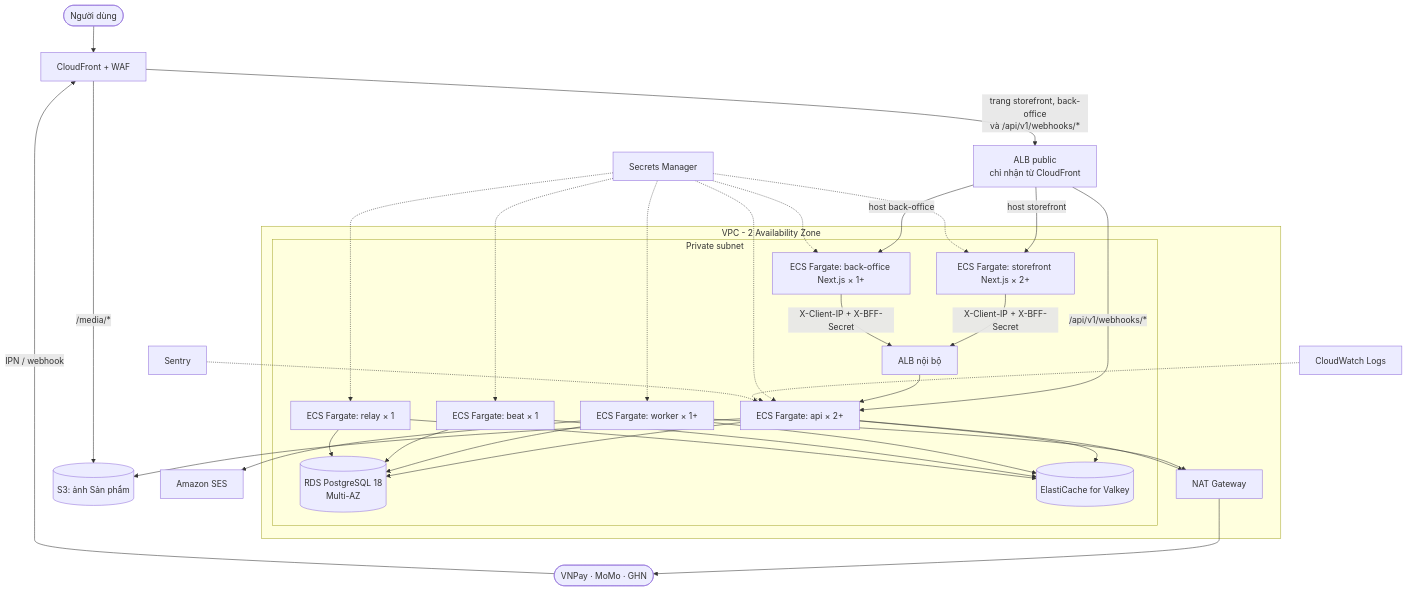
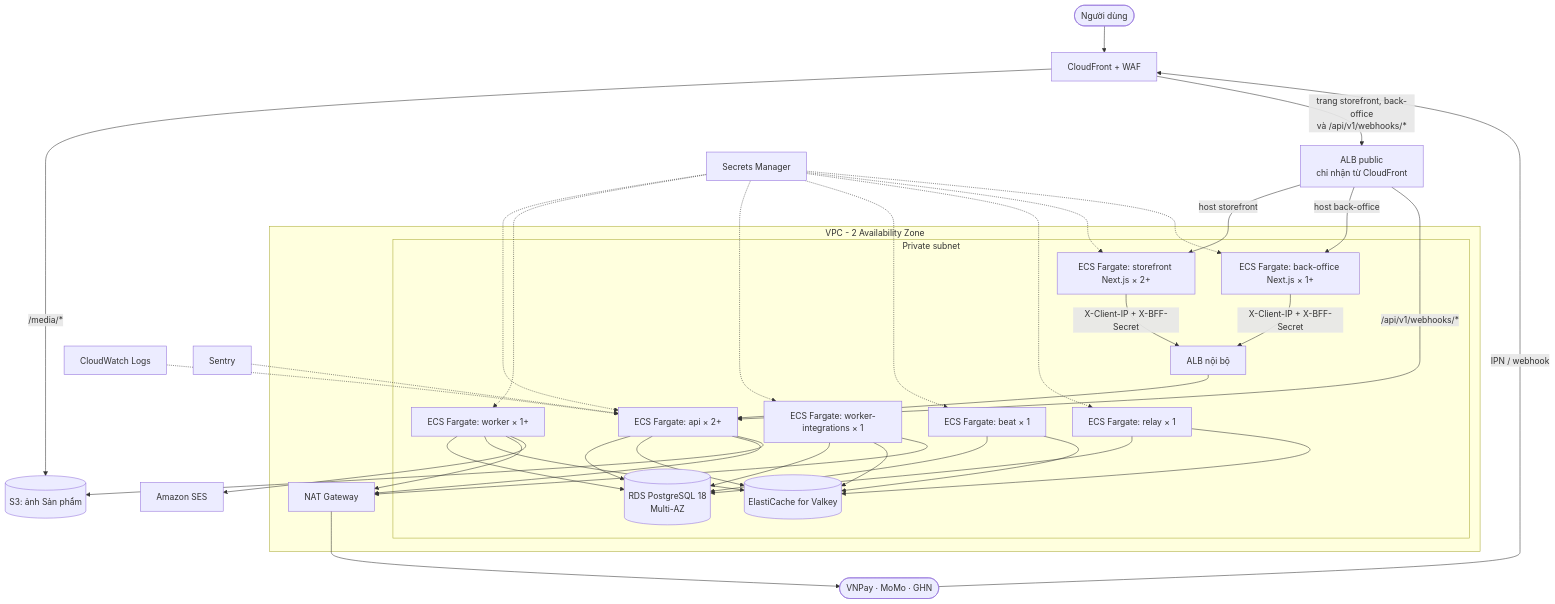
Before and after one commit to LuongCongThanh/boilerplate-ecommerce-next-16: the diagram in docs/architecture/09-deployment-aws-target.md, drawn with Mermaid. The commit also changed other lines of this file and 21 other files, not shown here.

````diff
--- a/docs/architecture/09-deployment-aws-target.md
+++ b/docs/architecture/09-deployment-aws-target.md
@@ -9,50 +9,55 @@
 ```mermaid
 graph TB
     users([Người dùng]) --> cf[CloudFront + WAF]
     providers([VNPay · MoMo · GHN]) -->|IPN / webhook| cf
     cf -->|/media/*| s3[(S3: ảnh Sản phẩm)]
     cf -->|trang storefront, back-office<br/>và /api/v1/webhooks/*| alb[ALB public<br/>chỉ nhận từ CloudFront]
 
     subgraph vpc [VPC - 2 Availability Zone]
         subgraph private [Private subnet]
             sf[ECS Fargate: storefront Next.js × 2+]
             bo[ECS Fargate: back-office Next.js × 1+]
             ialb[ALB nội bộ]
             api[ECS Fargate: api × 2+]
             worker[ECS Fargate: worker × 1+]
+            wint[ECS Fargate: worker-integrations × 1]
             beat[ECS Fargate: beat × 1]
             relay[ECS Fargate: relay × 1]
             rds[(RDS PostgreSQL 18<br/>Multi-AZ)]
             redis[(ElastiCache for Valkey)]
         end
         nat[NAT Gateway]
     end
 
     alb -->|host storefront| sf
     alb -->|host back-office| bo
     alb -->|/api/v1/webhooks/*| api
     sf -->|X-Client-IP + X-BFF-Secret| ialb
     bo -->|X-Client-IP + X-BFF-Secret| ialb
     ialb --> api
     api --> rds
     api --> redis
     worker --> rds
     worker --> redis
+    wint --> rds
+    wint --> redis
+    wint --> nat
     beat --> rds
     beat --> redis
     relay --> rds
     relay --> redis
     worker --> nat
     api --> nat
     nat --> providers
     worker --> ses[Amazon SES]
     api --> s3
     secrets[Secrets Manager] -.-> api
     secrets -.-> worker
+    secrets -.-> wint
     secrets -.-> beat
     secrets -.-> relay
     secrets -.-> sf
     secrets -.-> bo
     logs[CloudWatch Logs] -.-> api
     sentry[Sentry] -.-> api
 ```
````
